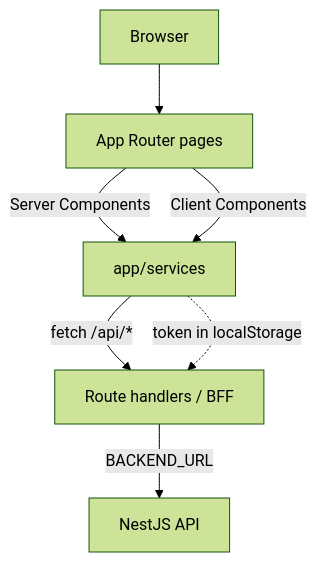
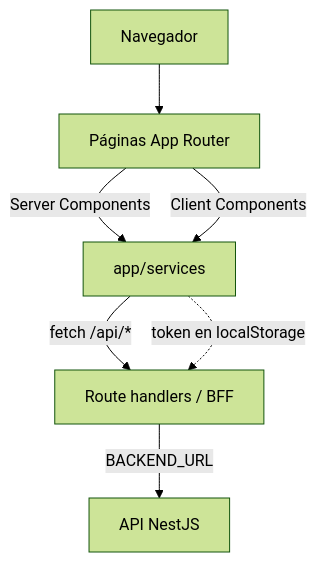
The diagram in docs/frontend_arch.md (Alejo234x/CapstoneHUB-v2), drawn with Mermaid (forest theme) before and after one commit. The commit also changed other lines of this file and 10 other files, not shown here.

````diff
--- a/docs/frontend_arch.md
+++ b/docs/frontend_arch.md
@@ -74,9 +76,9 @@
 ```mermaid
 flowchart TD
-    Browser[Browser] --> Pages[App Router pages]
+    Browser[Navegador] --> Pages[Páginas App Router]
     Pages -->|Server Components| Services[app/services]
     Pages -->|Client Components| Services
     Services -->|fetch /api/*| BFF[Route handlers / BFF]
-    BFF -->|BACKEND_URL| Backend[NestJS API]
-    Services -. token in localStorage .-> BFF
+    BFF -->|BACKEND_URL| Backend[API NestJS]
+    Services -. token en localStorage .-> BFF
 ```
````
